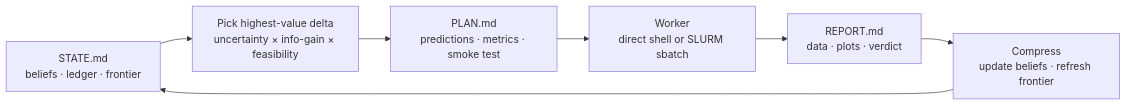
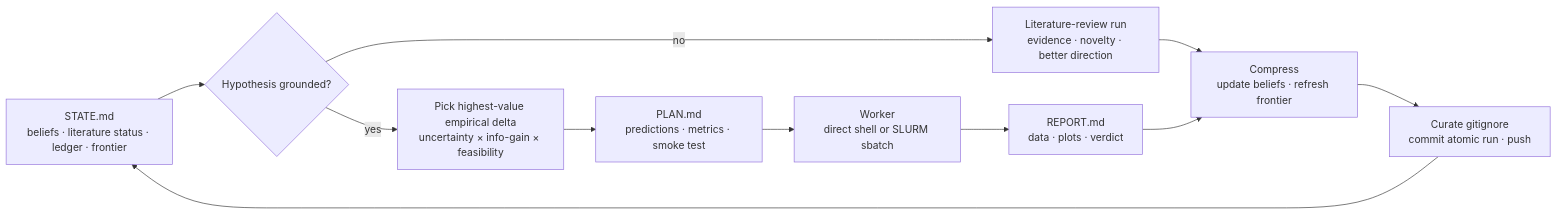
The diagram in README.md (user074/delta-research), drawn with Mermaid before and after one commit. The commit also changed other lines of this file and 15 other files, not shown here.

````diff
--- a/README.md
+++ b/README.md
@@ -12,9 +14,13 @@
 ```mermaid
 flowchart LR
-    S[STATE.md<br/>beliefs · ledger · frontier] --> P[Pick highest-value delta<br/>uncertainty × info-gain × feasibility]
+    S[STATE.md<br/>beliefs · literature status · ledger · frontier] --> G{Hypothesis grounded?}
+    G -- no --> L[Literature-review run<br/>evidence · novelty · better direction]
+    L --> C
+    G -- yes --> P[Pick highest-value empirical delta<br/>uncertainty × info-gain × feasibility]
     P --> PL[PLAN.md<br/>predictions · metrics · smoke test]
     PL --> W[Worker<br/>direct shell or SLURM sbatch]
     W --> R[REPORT.md<br/>data · plots · verdict]
     R --> C[Compress<br/>update beliefs · refresh frontier]
-    C --> S
+    C --> V[Curate gitignore<br/>commit atomic run · push]
+    V --> S
 ```
````
